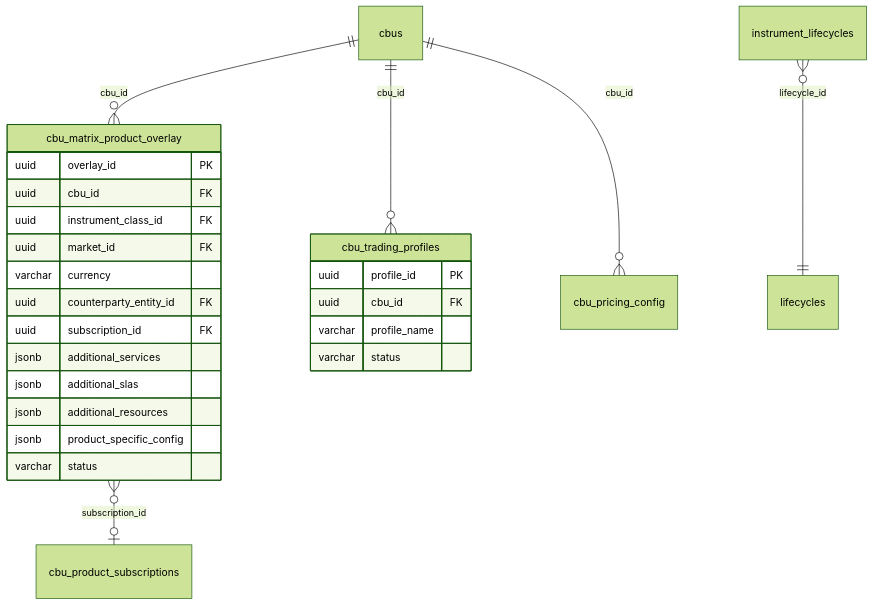
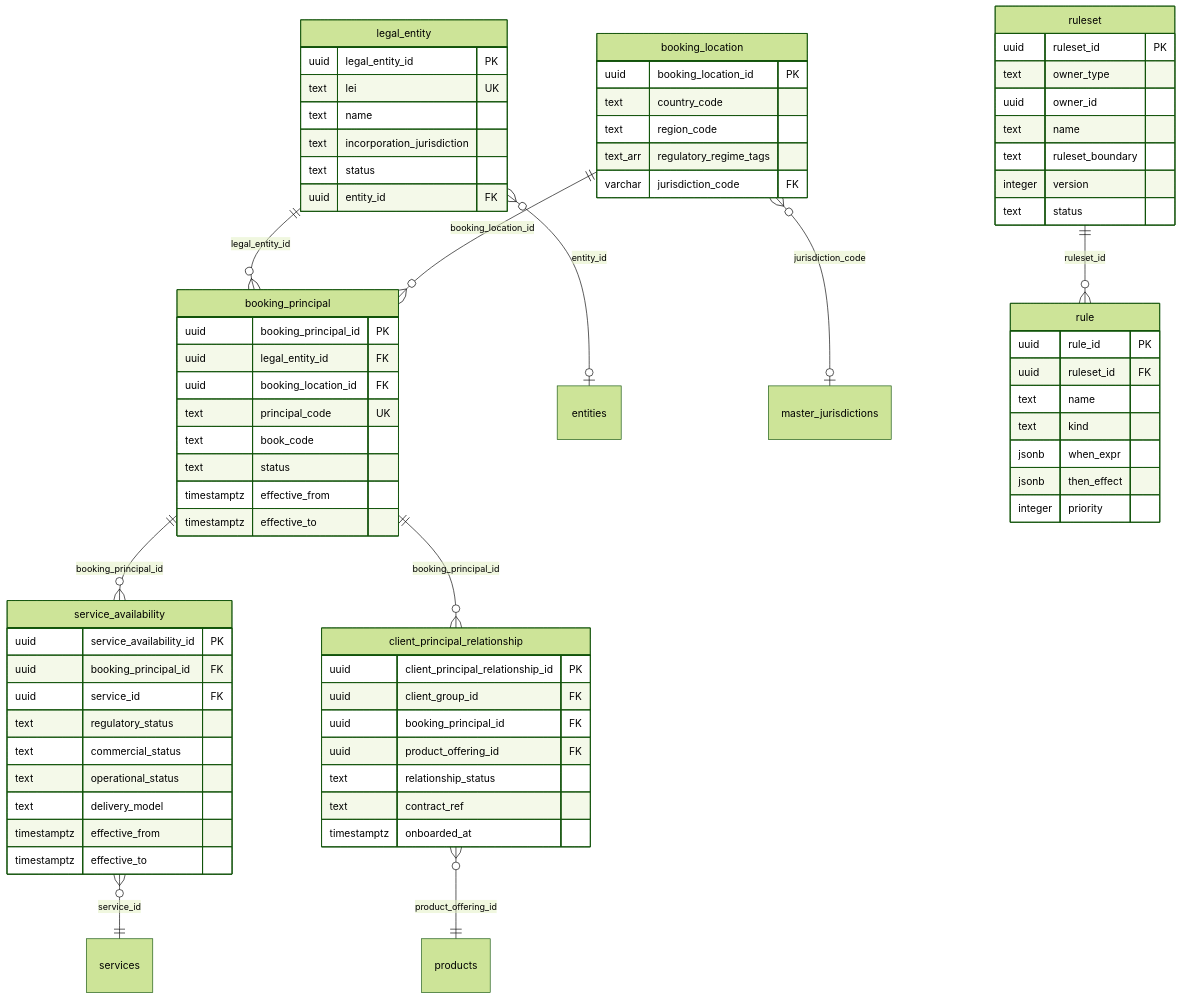
Before and after one commit to adamtc007/ob-poc: the fourth of 10 diagrams in migrations/OB_POC_SCHEMA_ENTITY_OVERVIEW.md, drawn with Mermaid (forest theme). The commit also changed other lines of this file and 36 other files, not shown here.

First line of the commit message:
feat(verbs): reconcile DSL verb set with schema — 5 gap fixes

````diff
--- a/migrations/OB_POC_SCHEMA_ENTITY_OVERVIEW.md
+++ b/migrations/OB_POC_SCHEMA_ENTITY_OVERVIEW.md
@@ -532,30 +294,82 @@
 ```mermaid
 erDiagram
-    cbus ||--o{ cbu_matrix_product_overlay : "cbu_id"
-    cbu_matrix_product_overlay }o--o| cbu_product_subscriptions : "subscription_id"
-    cbus ||--o{ cbu_trading_profiles : "cbu_id"
-    cbus ||--o{ cbu_pricing_config : "cbu_id"
-    instrument_lifecycles }o--|| lifecycles : "lifecycle_id"
+    legal_entity ||--o{ booking_principal : "legal_entity_id"
+    legal_entity }o--o| entities : "entity_id"
+    booking_location ||--o{ booking_principal : "booking_location_id"
+    booking_location }o--o| master_jurisdictions : "jurisdiction_code"
+    booking_principal ||--o{ service_availability : "booking_principal_id"
+    booking_principal ||--o{ client_principal_relationship : "booking_principal_id"
+    service_availability }o--|| services : "service_id"
+    client_principal_relationship }o--|| products : "product_offering_id"
+    ruleset ||--o{ rule : "ruleset_id"
 
-    cbu_matrix_product_overlay {
-        uuid overlay_id PK
-        uuid cbu_id FK
-        uuid instrument_class_id FK
-        uuid market_id FK
-        varchar currency
-        uuid counterparty_entity_id FK
-        uuid subscription_id FK
-        jsonb additional_services
-        jsonb additional_slas
-        jsonb additional_resources
-        jsonb product_specific_config
-        varchar status
+    legal_entity {
+        uuid legal_entity_id PK
+        text lei UK
+        text name
+        text incorporation_jurisdiction
+        text status
+        uuid entity_id FK
     }
 
-    cbu_trading_profiles {
-        uuid profile_id PK
-        uuid cbu_id FK
-        varchar profile_name
-        varchar status
+    booking_location {
+        uuid booking_location_id PK
+        text country_code
+        text region_code
+        text_arr regulatory_regime_tags
+        varchar jurisdiction_code FK
+    }
+
+    booking_principal {
+        uuid booking_principal_id PK
+        uuid legal_entity_id FK
+        uuid booking_location_id FK
+        text principal_code UK
+        text book_code
+        text status
+        timestamptz effective_from
+        timestamptz effective_to
+    }
+
+    service_availability {
+        uuid service_availability_id PK
+        uuid booking_principal_id FK
+        uuid service_id FK
+        text regulatory_status
+        text commercial_status
+        text operational_status
+        text delivery_model
+        timestamptz effective_from
+        timestamptz effective_to
+    }
+
+    client_principal_relationship {
+        uuid client_principal_relationship_id PK
+        uuid client_group_id FK
+        uuid booking_principal_id FK
+        uuid product_offering_id FK
+        text relationship_status
+        text contract_ref
+        timestamptz onboarded_at
+    }
+
+    ruleset {
+        uuid ruleset_id PK
+        text owner_type
+        uuid owner_id
+        text name
+        text ruleset_boundary
+        integer version
+        text status
+    }
+
+    rule {
+        uuid rule_id PK
+        uuid ruleset_id FK
+        text name
+        text kind
+        jsonb when_expr
+        jsonb then_effect
+        integer priority
     }
 ```
````
